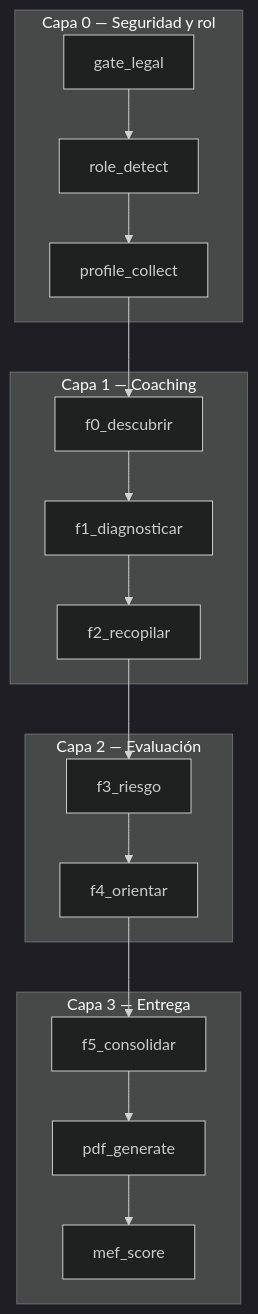
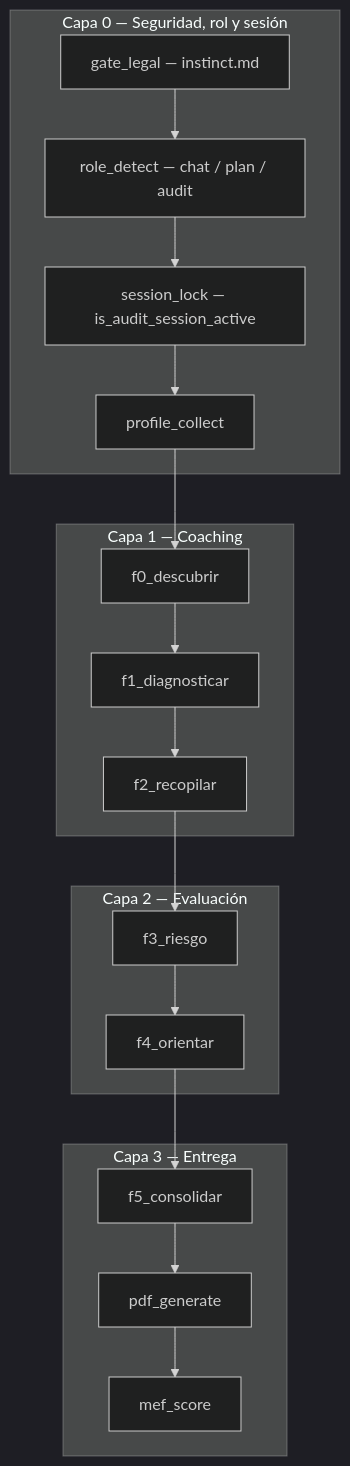
The first of 7 diagrams in CEDIT/agent_mind/decision_graph_extended.md (kimisamiyo/Agente-Autonomo-Consejero-Estatal-Digital-Ortiz-Razo-), drawn with Mermaid (dark theme) before and after one commit. The commit also changed other lines of this file and 1 other file, not shown here.

````diff
--- a/CEDIT/agent_mind/decision_graph_extended.md
+++ b/CEDIT/agent_mind/decision_graph_extended.md
@@ -10,23 +10,24 @@
 ```mermaid
 flowchart TB
-    subgraph CAPA0["Capa 0 — Seguridad y rol"]
-        L0A[gate_legal]
-        L0B[role_detect]
+    subgraph CAPA0["Capa 0 — Seguridad, rol y sesión"]
+        L0A[gate_legal — instinct.md]
+        L0B[role_detect — chat / plan / audit]
+        L0D[session_lock — is_audit_session_active]
         L0C[profile_collect]
     end
     subgraph CAPA1["Capa 1 — Coaching"]
         L1A[f0_descubrir]
         L1B[f1_diagnosticar]
         L1C[f2_recopilar]
     end
     subgraph CAPA2["Capa 2 — Evaluación"]
         L2A[f3_riesgo]
         L2B[f4_orientar]
     end
     subgraph CAPA3["Capa 3 — Entrega"]
         L3A[f5_consolidar]
         L3B[pdf_generate]
         L3C[mef_score]
     end
-    L0A --> L0B --> L0C --> L1A --> L1B --> L1C --> L2A --> L2B --> L3A --> L3B --> L3C
+    L0A --> L0B --> L0D --> L0C --> L1A --> L1B --> L1C --> L2A --> L2B --> L3A --> L3B --> L3C
 ```
````
